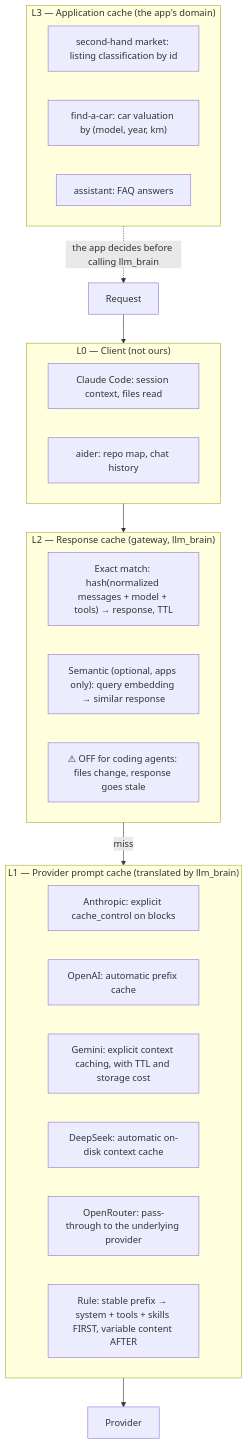
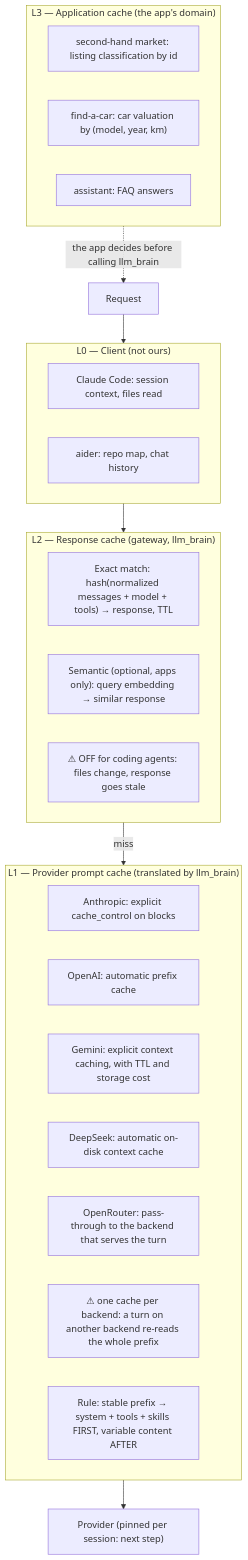
The diagram in docs/architecture/cache.md (pjcau/llm_brain), drawn with Mermaid before and after one commit. The commit also changed other lines of this file and 12 other files, not shown here.

````diff
--- a/docs/architecture/cache.md
+++ b/docs/architecture/cache.md
@@ -13,32 +13,33 @@
 ```mermaid
 flowchart TB
     subgraph L0["L0 — Client (not ours)"]
         L0a["Claude Code: session context, files read"]
         L0b["aider: repo map, chat history"]
     end
 
     subgraph L2["L2 — Response cache (gateway, llm_brain)"]
         L2a["Exact match: hash(normalized messages + model + tools) → response, TTL"]
         L2b["Semantic (optional, apps only): query embedding → similar response"]
         L2n["⚠ OFF for coding agents: files change, response goes stale"]
     end
 
     subgraph L1["L1 — Provider prompt cache (translated by llm_brain)"]
         L1a["Anthropic: explicit cache_control on blocks"]
         L1b["OpenAI: automatic prefix cache"]
         L1c["Gemini: explicit context caching, with TTL and storage cost"]
         L1d["DeepSeek: automatic on-disk context cache"]
-        L1e["OpenRouter: pass-through to the underlying provider"]
+        L1e["OpenRouter: pass-through to the backend that serves the turn"]
+        L1f["⚠ one cache per backend: a turn on another backend re-reads the whole prefix"]
         L1n["Rule: stable prefix → system + tools + skills FIRST, variable content AFTER"]
     end
 
     subgraph L3["L3 — Application cache (the app's domain)"]
         L3a["second-hand market: listing classification by id"]
         L3b["find-a-car: car valuation by (model, year, km)"]
         L3c["assistant: FAQ answers"]
     end
 
     REQ["Request"] --> L0 --> L2
-    L2 -- miss --> L1 --> PROV["Provider"]
+    L2 -- miss --> L1 --> PROV["Provider (pinned per session: next step)"]
     L3 -. "the app decides before calling llm_brain" .-> REQ
 ```
````
